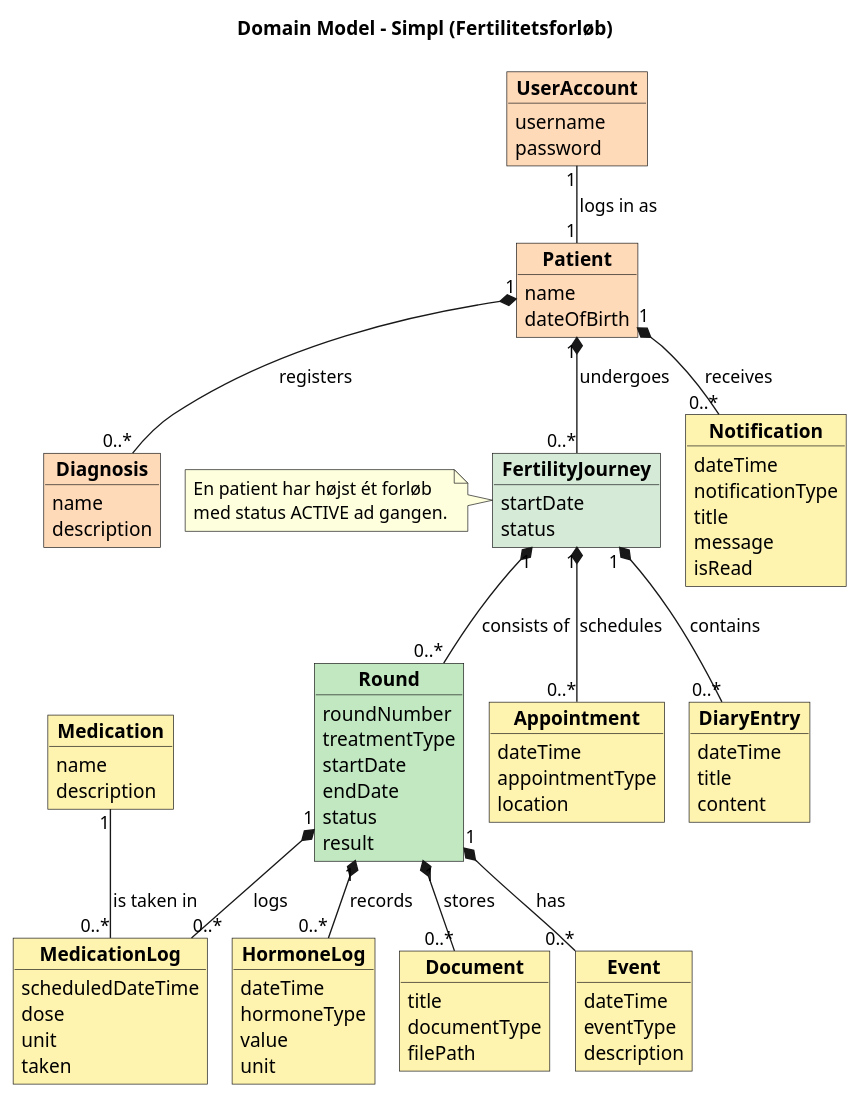
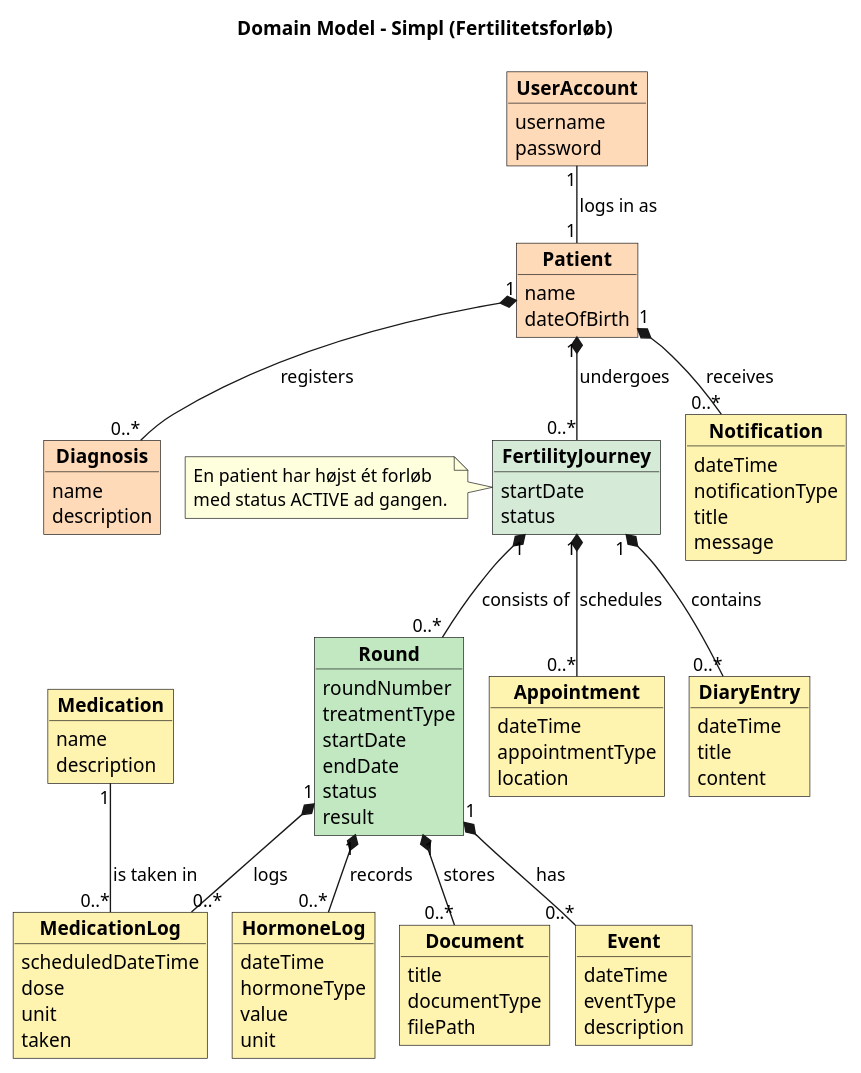
Before and after one commit to BesimaP/PET-2.semester-Simpl: the diagram in doc/static/Domænemodel1.puml, drawn with PlantUML. The commit also changed 2 other files, not shown here.

Commit message:
Lærer-feedback: aktivt-forløb-regel som AC på US1, isRead ud af domænemodellen og ind i US12 AC

```diff
--- a/doc/static/Domænemodel1.puml
+++ b/doc/static/Domænemodel1.puml
@@ -1,119 +1,118 @@
 @startuml
 !pragma layout smetana
 
 title Domain Model - Simpl (Fertilitetsforløb)
 
 ' ---------- Bruger og patient (US5, US6, US7) ----------
 
 object "<b>UserAccount</b>" as UserAccount #FFDAB9 {
   username
   password
 }
 
 object "<b>Patient</b>" as Patient #FFDAB9 {
   name
   dateOfBirth
 }
 
 object "<b>Diagnosis</b>" as Diagnosis #FFDAB9 {
   name
   description
 }
 
 ' ---------- Forløb og runde (US1, US10) ----------
 
 object "<b>FertilityJourney</b>" as Journey #D6EAD8 {
   startDate
   status
 }
 
 object "<b>Round</b>" as Round #C1E8C1 {
   roundNumber
   treatmentType
   startDate
   endDate
   status
   result
 }
 
 ' ---------- Ting på forløbet (US3, US4) ----------
 
 object "<b>Appointment</b>" as Appointment #FFF3B0 {
   dateTime
   appointmentType
   location
 }
 
 object "<b>DiaryEntry</b>" as DiaryEntry #FFF3B0 {
   dateTime
   title
   content
 }
 
 ' ---------- Ting på runden (US2, US8, US9, US11) ----------
 
 object "<b>Event</b>" as Event #FFF3B0 {
   dateTime
   eventType
   description
 }
 
 object "<b>Medication</b>" as Medication #FFF3B0 {
   name
   description
 }
 
 object "<b>MedicationLog</b>" as MedicationLog #FFF3B0 {
   scheduledDateTime
   dose
   unit
   taken
 }
 
 object "<b>HormoneLog</b>" as HormoneLog #FFF3B0 {
   dateTime
   hormoneType
   value
   unit
 }
 
 object "<b>Document</b>" as Document #FFF3B0 {
   title
   documentType
   filePath
 }
 
 ' ---------- Notifikationer (US12) ----------
 
 object "<b>Notification</b>" as Notification #FFF3B0 {
   dateTime
   notificationType
   title
   message
-  isRead
 }
 
 ' ---------- Associationer ----------
 
 UserAccount "1" -- "1" Patient : logs in as >
 
 Patient "1" *-- "0..*" Diagnosis : registers >
 Patient "1" *-- "0..*" Journey : undergoes >
 Patient "1" *-- "0..*" Notification : receives >
 
 Journey "1" *-- "0..*" Round : consists of >
 Journey "1" *-- "0..*" Appointment : schedules >
 Journey "1" *-- "0..*" DiaryEntry : contains >
 
 Round "1" *-- "0..*" Event : has >
 Round "1" *-- "0..*" HormoneLog : records >
 Round "1" *-- "0..*" Document : stores >
 Round "1" *-- "0..*" MedicationLog : logs >
 Medication "1" -- "0..*" MedicationLog : is taken in >
 
 note left of Journey
   En patient har højst ét forløb
   med status ACTIVE ad gangen.
 end note
 
 @enduml
```
